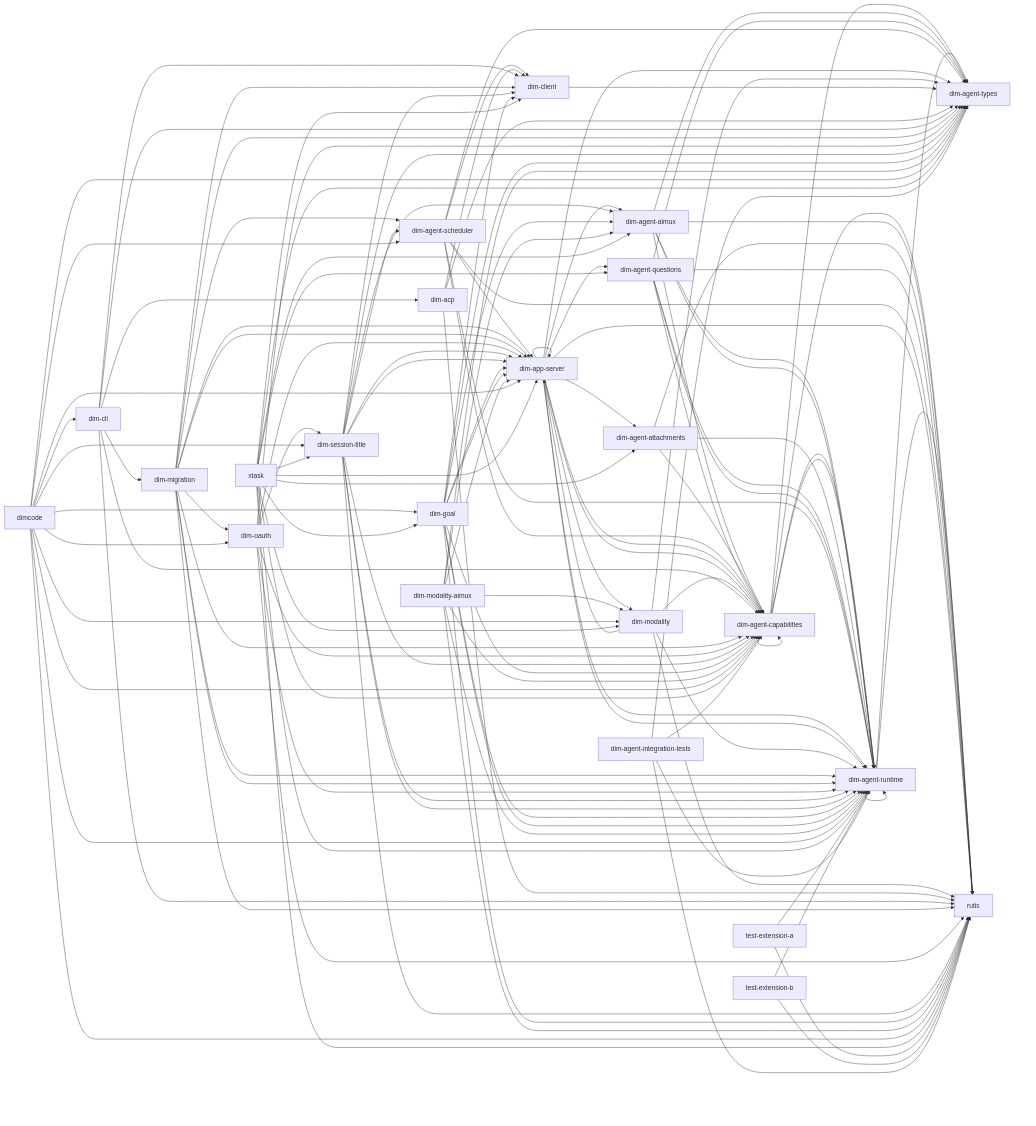
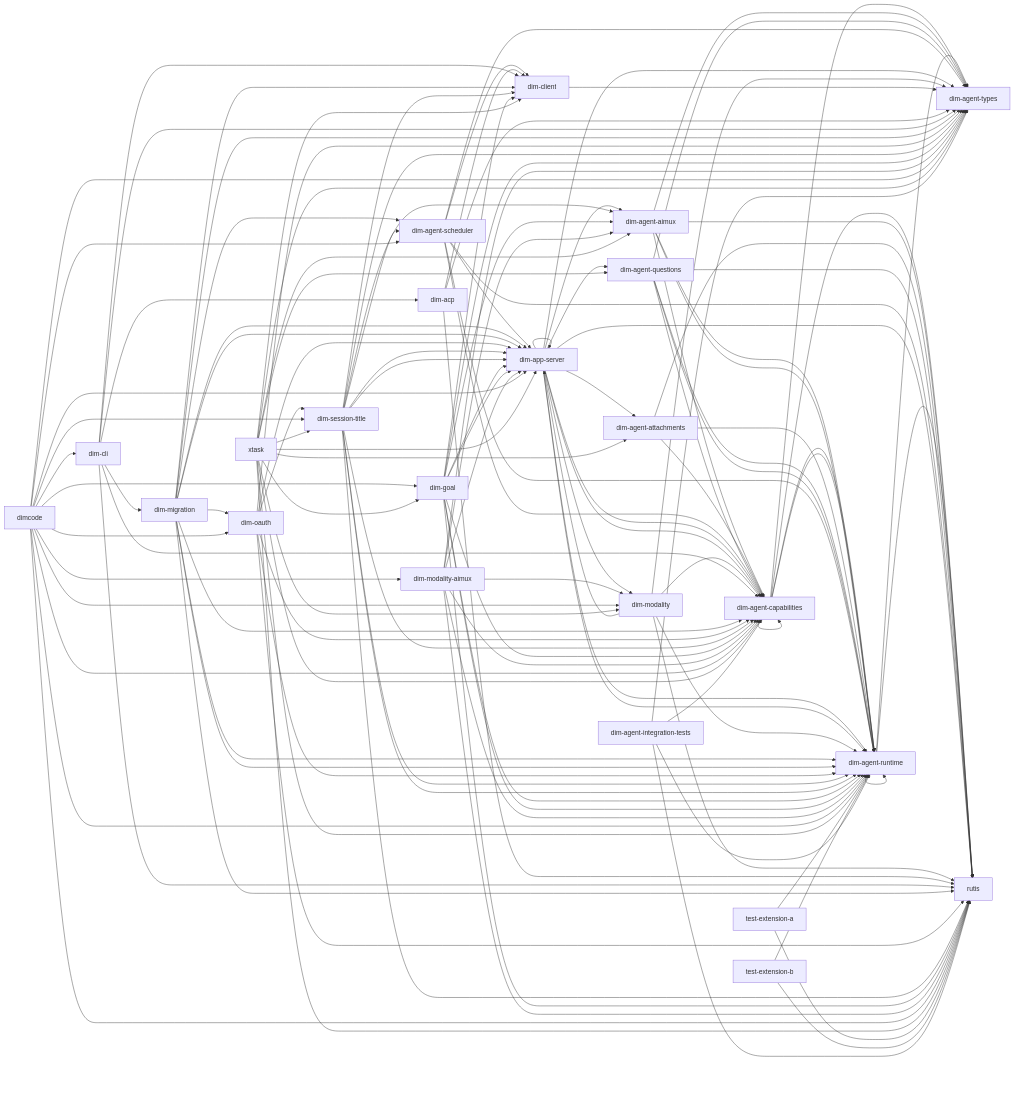
The diagram in docs/architecture/rust-agent/generated/crates.mmd (CoutinhoTTS/dim-agent), drawn with Mermaid before and after one commit. The commit also changed 5 other files, not shown here.

```diff
--- a/docs/architecture/rust-agent/generated/crates.mmd
+++ b/docs/architecture/rust-agent/generated/crates.mmd
@@ -1,128 +1,129 @@
 %% Generated from cargo metadata; do not edit.
 flowchart LR
   dim_agent_runtime["dim-agent-runtime"] --> dim_agent_types["dim-agent-types"]
   dim_agent_runtime["dim-agent-runtime"] --> rutis["rutis"]
   dim_agent_runtime["dim-agent-runtime"] --> dim_agent_runtime["dim-agent-runtime"]
   dim_agent_capabilities["dim-agent-capabilities"] --> dim_agent_runtime["dim-agent-runtime"]
   dim_agent_capabilities["dim-agent-capabilities"] --> dim_agent_types["dim-agent-types"]
   dim_agent_capabilities["dim-agent-capabilities"] --> rutis["rutis"]
   dim_agent_capabilities["dim-agent-capabilities"] --> dim_agent_capabilities["dim-agent-capabilities"]
   dim_agent_capabilities["dim-agent-capabilities"] --> dim_agent_runtime["dim-agent-runtime"]
   dim_agent_aimux["dim-agent-aimux"] --> dim_agent_capabilities["dim-agent-capabilities"]
   dim_agent_aimux["dim-agent-aimux"] --> dim_agent_runtime["dim-agent-runtime"]
   dim_agent_aimux["dim-agent-aimux"] --> dim_agent_types["dim-agent-types"]
   dim_agent_aimux["dim-agent-aimux"] --> rutis["rutis"]
   dim_agent_aimux["dim-agent-aimux"] --> dim_agent_runtime["dim-agent-runtime"]
   dim_agent_attachments["dim-agent-attachments"] --> dim_agent_capabilities["dim-agent-capabilities"]
   dim_agent_attachments["dim-agent-attachments"] --> dim_agent_runtime["dim-agent-runtime"]
   dim_agent_attachments["dim-agent-attachments"] --> rutis["rutis"]
   dim_agent_questions["dim-agent-questions"] --> dim_agent_capabilities["dim-agent-capabilities"]
   dim_agent_questions["dim-agent-questions"] --> dim_agent_runtime["dim-agent-runtime"]
   dim_agent_questions["dim-agent-questions"] --> dim_agent_types["dim-agent-types"]
   dim_agent_questions["dim-agent-questions"] --> rutis["rutis"]
   dim_agent_questions["dim-agent-questions"] --> dim_agent_runtime["dim-agent-runtime"]
   dim_agent_scheduler["dim-agent-scheduler"] --> dim_agent_capabilities["dim-agent-capabilities"]
   dim_agent_scheduler["dim-agent-scheduler"] --> dim_agent_runtime["dim-agent-runtime"]
   dim_agent_scheduler["dim-agent-scheduler"] --> dim_agent_types["dim-agent-types"]
   dim_agent_scheduler["dim-agent-scheduler"] --> dim_app_server["dim-app-server"]
   dim_agent_scheduler["dim-agent-scheduler"] --> rutis["rutis"]
   dim_agent_scheduler["dim-agent-scheduler"] --> dim_client["dim-client"]
   dim_app_server["dim-app-server"] --> dim_agent_aimux["dim-agent-aimux"]
   dim_app_server["dim-app-server"] --> dim_agent_attachments["dim-agent-attachments"]
   dim_app_server["dim-app-server"] --> dim_agent_capabilities["dim-agent-capabilities"]
   dim_app_server["dim-app-server"] --> dim_agent_questions["dim-agent-questions"]
   dim_app_server["dim-app-server"] --> dim_agent_runtime["dim-agent-runtime"]
   dim_app_server["dim-app-server"] --> dim_agent_types["dim-agent-types"]
   dim_app_server["dim-app-server"] --> rutis["rutis"]
   dim_app_server["dim-app-server"] --> dim_agent_capabilities["dim-agent-capabilities"]
   dim_app_server["dim-app-server"] --> dim_agent_runtime["dim-agent-runtime"]
   dim_app_server["dim-app-server"] --> dim_app_server["dim-app-server"]
   dim_app_server["dim-app-server"] --> dim_modality["dim-modality"]
   dim_modality["dim-modality"] --> dim_agent_capabilities["dim-agent-capabilities"]
   dim_modality["dim-modality"] --> dim_agent_runtime["dim-agent-runtime"]
   dim_modality["dim-modality"] --> dim_agent_types["dim-agent-types"]
   dim_modality["dim-modality"] --> dim_app_server["dim-app-server"]
   dim_modality["dim-modality"] --> rutis["rutis"]
   dim_client["dim-client"] --> dim_agent_types["dim-agent-types"]
   dim_acp["dim-acp"] --> dim_agent_types["dim-agent-types"]
   dim_acp["dim-acp"] --> dim_client["dim-client"]
   dim_acp["dim-acp"] --> rutis["rutis"]
   dim_cli["dim-cli"] --> dim_acp["dim-acp"]
   dim_cli["dim-cli"] --> dim_agent_capabilities["dim-agent-capabilities"]
   dim_cli["dim-cli"] --> dim_agent_types["dim-agent-types"]
   dim_cli["dim-cli"] --> dim_client["dim-client"]
   dim_cli["dim-cli"] --> dim_migration["dim-migration"]
   dim_cli["dim-cli"] --> rutis["rutis"]
   dim_migration["dim-migration"] --> dim_agent_capabilities["dim-agent-capabilities"]
   dim_migration["dim-migration"] --> dim_agent_runtime["dim-agent-runtime"]
   dim_migration["dim-migration"] --> dim_agent_types["dim-agent-types"]
   dim_migration["dim-migration"] --> dim_app_server["dim-app-server"]
   dim_migration["dim-migration"] --> rutis["rutis"]
   dim_migration["dim-migration"] --> dim_agent_runtime["dim-agent-runtime"]
   dim_migration["dim-migration"] --> dim_agent_scheduler["dim-agent-scheduler"]
   dim_migration["dim-migration"] --> dim_app_server["dim-app-server"]
   dim_migration["dim-migration"] --> dim_client["dim-client"]
   dim_migration["dim-migration"] --> dim_oauth["dim-oauth"]
   dim_oauth["dim-oauth"] --> dim_agent_capabilities["dim-agent-capabilities"]
   dim_oauth["dim-oauth"] --> dim_agent_runtime["dim-agent-runtime"]
   dim_oauth["dim-oauth"] --> dim_app_server["dim-app-server"]
   dim_oauth["dim-oauth"] --> dim_session_title["dim-session-title"]
   dim_oauth["dim-oauth"] --> rutis["rutis"]
   dim_oauth["dim-oauth"] --> dim_agent_types["dim-agent-types"]
   dim_session_title["dim-session-title"] --> dim_agent_capabilities["dim-agent-capabilities"]
   dim_session_title["dim-session-title"] --> dim_agent_runtime["dim-agent-runtime"]
   dim_session_title["dim-session-title"] --> dim_agent_types["dim-agent-types"]
   dim_session_title["dim-session-title"] --> dim_app_server["dim-app-server"]
   dim_session_title["dim-session-title"] --> rutis["rutis"]
   dim_session_title["dim-session-title"] --> dim_agent_aimux["dim-agent-aimux"]
   dim_session_title["dim-session-title"] --> dim_agent_runtime["dim-agent-runtime"]
   dim_session_title["dim-session-title"] --> dim_agent_scheduler["dim-agent-scheduler"]
   dim_session_title["dim-session-title"] --> dim_app_server["dim-app-server"]
   dim_session_title["dim-session-title"] --> dim_client["dim-client"]
   dim_goal["dim-goal"] --> dim_agent_capabilities["dim-agent-capabilities"]
   dim_goal["dim-goal"] --> dim_agent_runtime["dim-agent-runtime"]
   dim_goal["dim-goal"] --> dim_agent_types["dim-agent-types"]
   dim_goal["dim-goal"] --> dim_app_server["dim-app-server"]
   dim_goal["dim-goal"] --> rutis["rutis"]
   dim_goal["dim-goal"] --> dim_agent_aimux["dim-agent-aimux"]
   dim_goal["dim-goal"] --> dim_agent_runtime["dim-agent-runtime"]
   dim_goal["dim-goal"] --> dim_app_server["dim-app-server"]
   dim_goal["dim-goal"] --> dim_client["dim-client"]
   dim_modality_aimux["dim-modality-aimux"] --> dim_agent_aimux["dim-agent-aimux"]
   dim_modality_aimux["dim-modality-aimux"] --> dim_agent_capabilities["dim-agent-capabilities"]
   dim_modality_aimux["dim-modality-aimux"] --> dim_agent_runtime["dim-agent-runtime"]
   dim_modality_aimux["dim-modality-aimux"] --> dim_agent_types["dim-agent-types"]
   dim_modality_aimux["dim-modality-aimux"] --> dim_modality["dim-modality"]
   dim_modality_aimux["dim-modality-aimux"] --> rutis["rutis"]
   dim_modality_aimux["dim-modality-aimux"] --> dim_app_server["dim-app-server"]
   dimcode["dimcode"] --> dim_agent_runtime["dim-agent-runtime"]
   dimcode["dimcode"] --> dim_agent_scheduler["dim-agent-scheduler"]
   dimcode["dimcode"] --> dim_app_server["dim-app-server"]
   dimcode["dimcode"] --> dim_cli["dim-cli"]
   dimcode["dimcode"] --> dim_goal["dim-goal"]
   dimcode["dimcode"] --> dim_modality["dim-modality"]
+  dimcode["dimcode"] --> dim_modality_aimux["dim-modality-aimux"]
   dimcode["dimcode"] --> dim_oauth["dim-oauth"]
   dimcode["dimcode"] --> dim_session_title["dim-session-title"]
   dimcode["dimcode"] --> dim_agent_capabilities["dim-agent-capabilities"]
   dimcode["dimcode"] --> dim_agent_types["dim-agent-types"]
   dimcode["dimcode"] --> rutis["rutis"]
   xtask["xtask"] --> dim_agent_aimux["dim-agent-aimux"]
   xtask["xtask"] --> dim_agent_attachments["dim-agent-attachments"]
   xtask["xtask"] --> dim_agent_capabilities["dim-agent-capabilities"]
   xtask["xtask"] --> dim_agent_questions["dim-agent-questions"]
   xtask["xtask"] --> dim_agent_runtime["dim-agent-runtime"]
   xtask["xtask"] --> dim_agent_types["dim-agent-types"]
   xtask["xtask"] --> dim_app_server["dim-app-server"]
   xtask["xtask"] --> dim_client["dim-client"]
   xtask["xtask"] --> dim_goal["dim-goal"]
   xtask["xtask"] --> dim_modality["dim-modality"]
   xtask["xtask"] --> dim_session_title["dim-session-title"]
   xtask["xtask"] --> rutis["rutis"]
   test_extension_a["test-extension-a"] --> dim_agent_runtime["dim-agent-runtime"]
   test_extension_a["test-extension-a"] --> rutis["rutis"]
   test_extension_b["test-extension-b"] --> dim_agent_runtime["dim-agent-runtime"]
   test_extension_b["test-extension-b"] --> rutis["rutis"]
   dim_agent_integration_tests["dim-agent-integration-tests"] --> dim_agent_capabilities["dim-agent-capabilities"]
   dim_agent_integration_tests["dim-agent-integration-tests"] --> dim_agent_runtime["dim-agent-runtime"]
   dim_agent_integration_tests["dim-agent-integration-tests"] --> dim_agent_types["dim-agent-types"]
   dim_agent_integration_tests["dim-agent-integration-tests"] --> rutis["rutis"]
```
